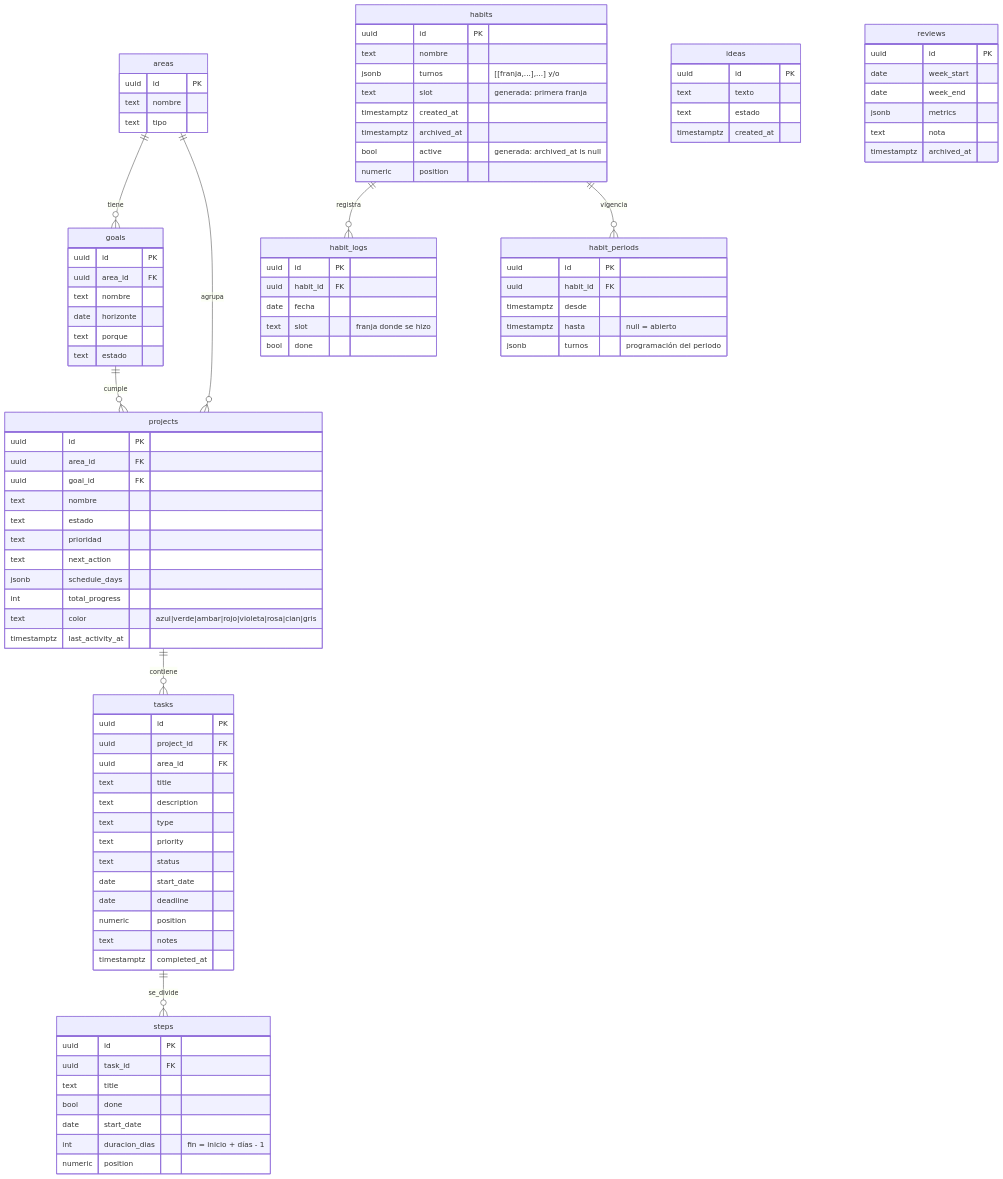
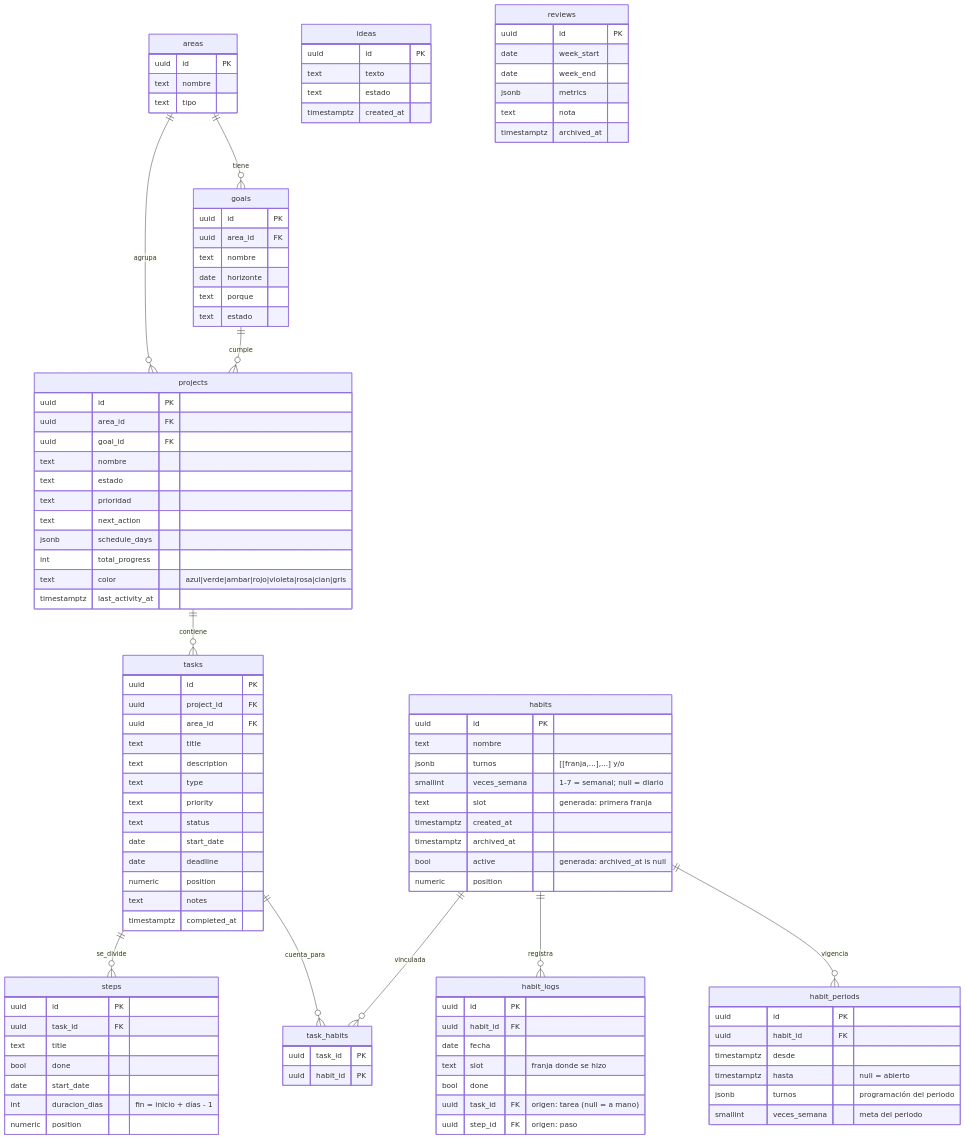
Before and after one commit to csr9497/second-brain: the diagram in docs/DATA-MODEL.md, drawn with Mermaid. The commit also changed other lines of this file and 20 other files, not shown here.

First line of the commit message:
Revisión semanal con pestañas Proyectos (pasos por tarea) y Hábitos; hábitos semanales y tareas vinculadas a hábitos

```diff
--- a/docs/DATA-MODEL.md
+++ b/docs/DATA-MODEL.md
@@ -12,6 +12,8 @@
   tasks ||--o{ steps : se_divide
   habits ||--o{ habit_logs : registra
   habits ||--o{ habit_periods : vigencia
+  tasks ||--o{ task_habits : cuenta_para
+  habits ||--o{ task_habits : vinculada
   areas {
     uuid id PK
     text nombre
@@ -66,6 +68,7 @@
     uuid id PK
     text nombre
     jsonb turnos "[[franja,...],...] y/o"
+    smallint veces_semana "1-7 = semanal; null = diario"
     text slot "generada: primera franja"
     timestamptz created_at
     timestamptz archived_at
@@ -78,6 +81,12 @@
     date fecha
     text slot "franja donde se hizo"
     bool done
+    uuid task_id FK "origen: tarea (null = a mano)"
+    uuid step_id FK "origen: paso"
+  }
+  task_habits {
+    uuid task_id PK
+    uuid habit_id PK
   }
   habit_periods {
     uuid id PK
@@ -85,6 +94,7 @@
     timestamptz desde
     timestamptz hasta "null = abierto"
     jsonb turnos "programación del periodo"
+    smallint veces_semana "meta del periodo"
   }
   ideas {
     uuid id PK
```
